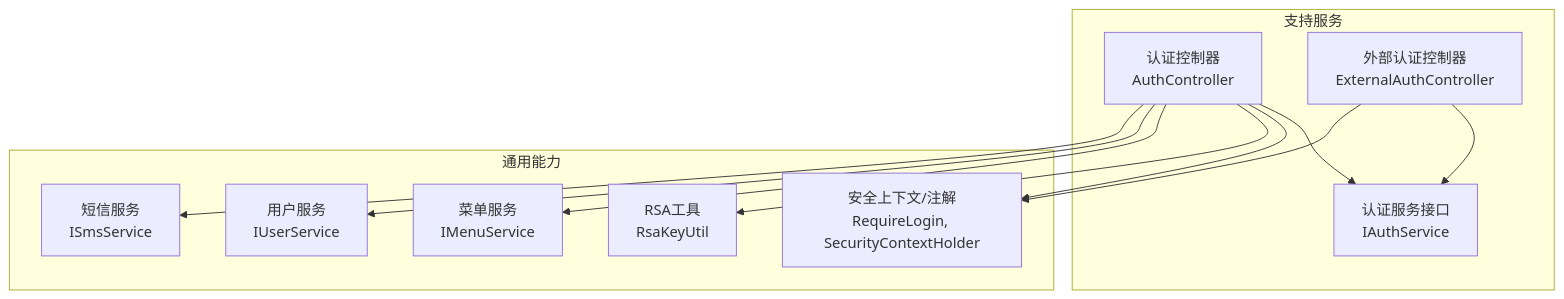
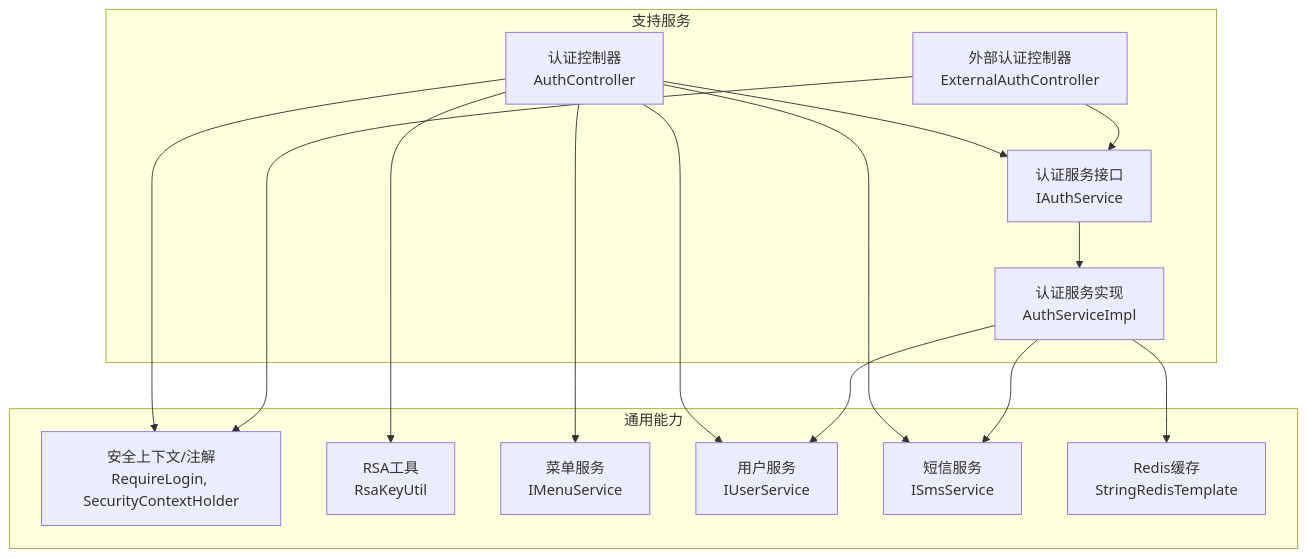
Before and after one commit to DrunkFood/First: the first of 6 diagrams in .qoder/repowiki/zh/content/API接口文档/认证授权API.md, drawn with Mermaid. The commit also changed other lines of this file and 93 other files, not shown here.

````diff
--- a/.qoder/repowiki/zh/content/API接口文档/认证授权API.md
+++ b/.qoder/repowiki/zh/content/API接口文档/认证授权API.md
@@ -30,23 +39,29 @@
 ```mermaid
 graph TB
 subgraph "支持服务"
 AC["认证控制器<br/>AuthController"]
 EAC["外部认证控制器<br/>ExternalAuthController"]
 AS["认证服务接口<br/>IAuthService"]
+ASI["认证服务实现<br/>AuthServiceImpl"]
 end
 subgraph "通用能力"
 SEC["安全上下文/注解<br/>RequireLogin, SecurityContextHolder"]
 RSA["RSA工具<br/>RsaKeyUtil"]
 MENU["菜单服务<br/>IMenuService"]
 USER["用户服务<br/>IUserService"]
 SMS["短信服务<br/>ISmsService"]
+REDIS["Redis缓存<br/>StringRedisTemplate"]
 end
 AC --> AS
 AC --> SEC
 AC --> RSA
 AC --> MENU
 AC --> USER
 AC --> SMS
 EAC --> AS
 EAC --> SEC
+AS --> ASI
+ASI --> REDIS
+ASI --> USER
+ASI --> SMS
 ```
````
